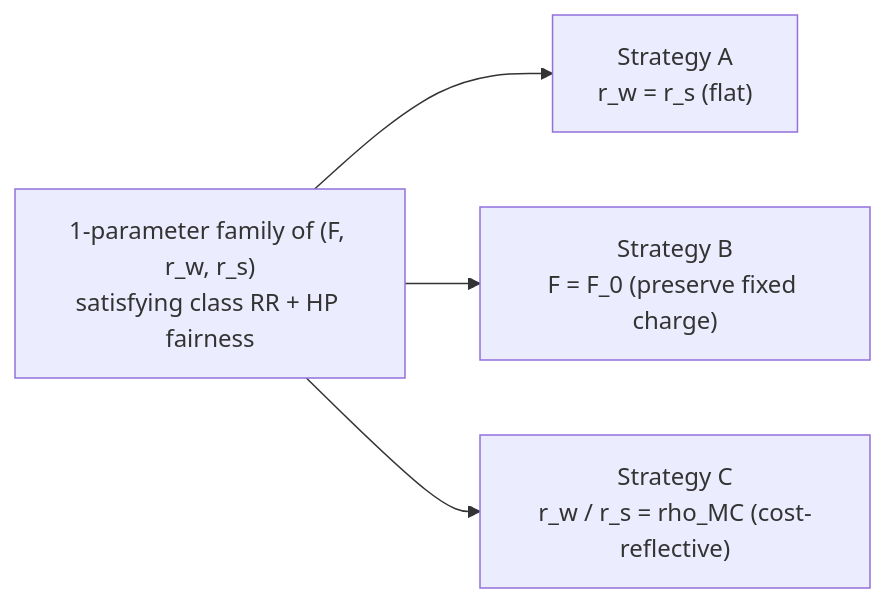
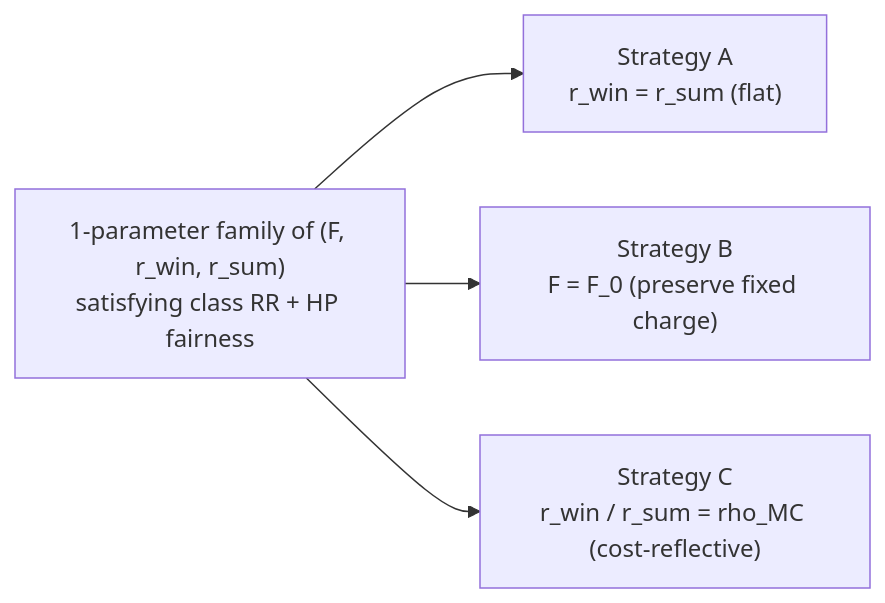
The diagram in context/methods/tou_and_rates/fair_default_rate_design.md (switchbox-data/rate-design-platform), drawn with Mermaid before and after one commit. The commit also changed other lines of this file, not shown here.

````diff
--- a/context/methods/tou_and_rates/fair_default_rate_design.md
+++ b/context/methods/tou_and_rates/fair_default_rate_design.md
@@ -179,10 +230,10 @@
 ```mermaid
 flowchart LR
-    line["1-parameter family of (F, r_w, r_s)<br/>satisfying class RR + HP fairness"]
-    A["Strategy A<br/>r_w = r_s (flat)"]
+    line["1-parameter family of (F, r_win, r_sum)<br/>satisfying class RR + HP fairness"]
+    A["Strategy A<br/>r_win = r_sum (flat)"]
     B["Strategy B<br/>F = F_0 (preserve fixed charge)"]
-    C["Strategy C<br/>r_w / r_s = rho_MC (cost-reflective)"]
+    C["Strategy C<br/>r_win / r_sum = rho_MC (cost-reflective)"]
     line --> A
     line --> B
     line --> C
 ```
````
